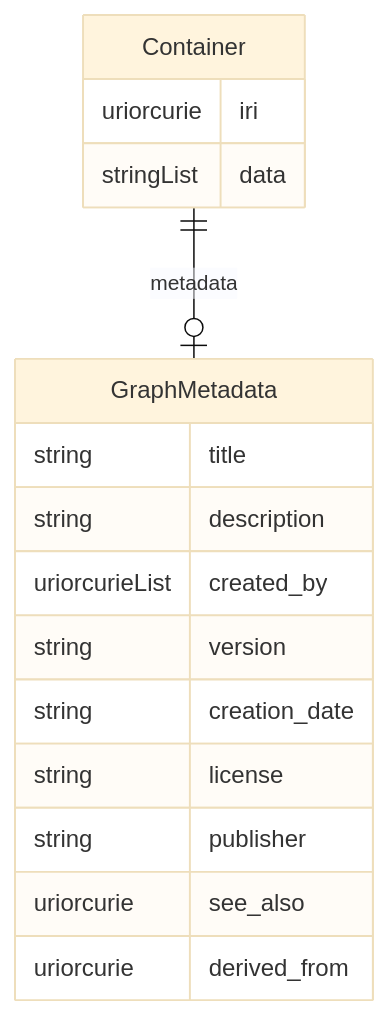
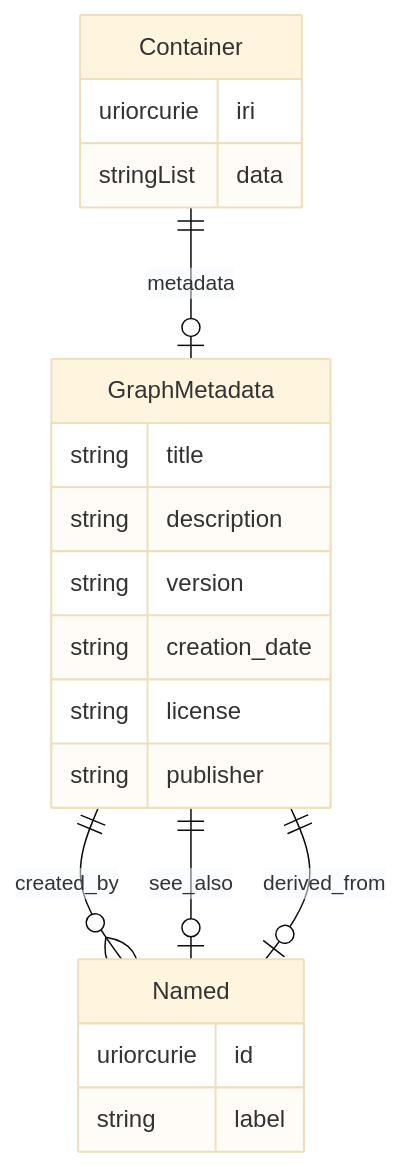
Before and after one commit to hubmapconsortium/hra-do-processor: diagram 11 of 18 in er-diagrams.md, drawn with Mermaid (base theme). The commit also changed other lines of this file and 26 other files, not shown here.

````diff
--- a/er-diagrams.md
+++ b/er-diagrams.md
@@ -764,21 +772,25 @@
 ```mermaid
 erDiagram
 Container {
     uriorcurie iri  
     stringList data  
 }
 GraphMetadata {
     string title  
     string description  
-    uriorcurieList created_by  
     string version  
     string creation_date  
     string license  
     string publisher  
-    uriorcurie see_also  
-    uriorcurie derived_from  
+}
+Named {
+    uriorcurie id  
+    string label  
 }
 
 Container ||--|o GraphMetadata : "metadata"
+GraphMetadata ||--}o Named : "created_by"
+GraphMetadata ||--|o Named : "see_also"
+GraphMetadata ||--|o Named : "derived_from"
 
 ```
````
